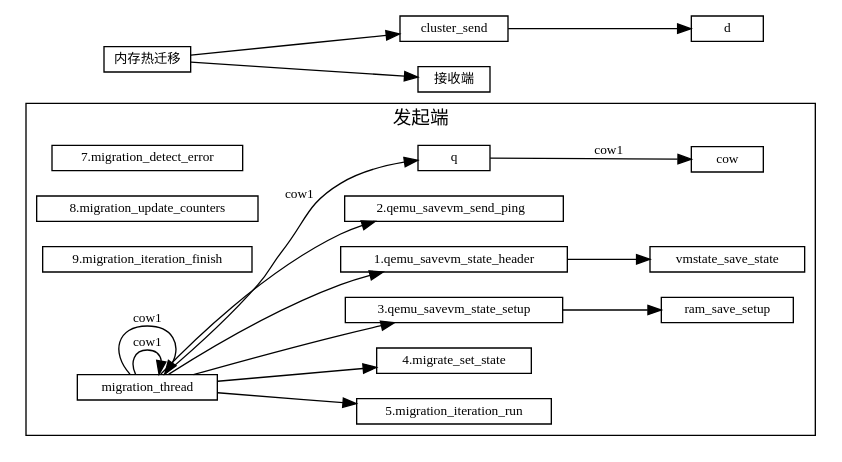
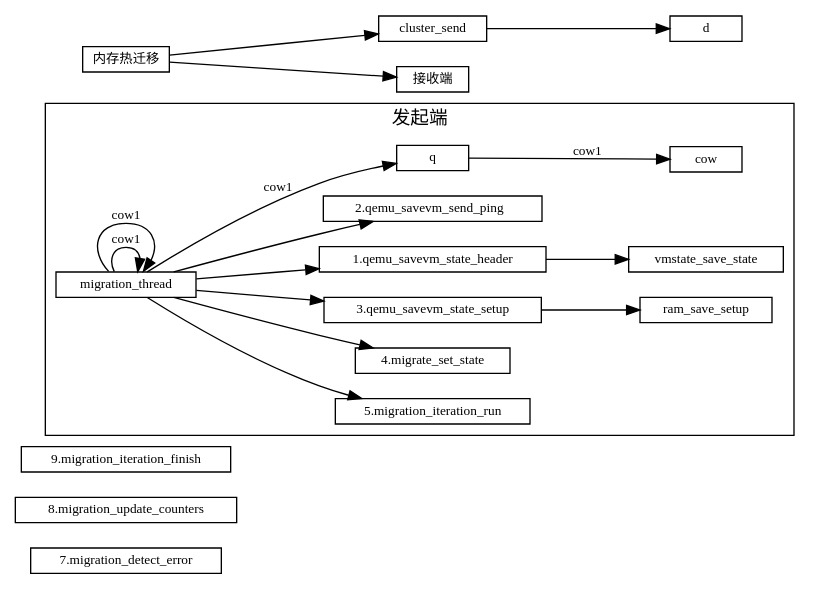
One commit to sisyphus1212/note changed the diagram in 虚拟化/热迁移/1-内存热迁移.md. Above: the diagram before and after it, drawn with Graphviz. The commit also changed other lines of this file, not shown here.

````diff
--- a/虚拟化/热迁移/1-内存热迁移.md
+++ b/虚拟化/热迁移/1-内存热迁移.md
@@ -11,42 +11,42 @@
 ```graphviz
 digraph {
 fontname="Helvetica,Arial,sans-serif"
 //node [fontname="Helvetica,Arial,sans-serif"]
 //edge [fontname="Helvetica,Arial,sans-serif"]
 rankdir="LR"
 node [fontsize=10, shape=record, height=0.25]
 edge [fontsize=10]
-
+    migration_detect_error[label="7.migration_detect_error"]
+    migration_update_counters[label="8.migration_update_counters"]
+    migration_iteration_finish[label="9.migration_iteration_finish"]
   subgraph send {
     cluster=true;
     label="发起端";
     migration_iteration_run[label="5.migration_iteration_run"];
     migrate_set_state[label="4.migrate_set_state"];
     qemu_savevm_state_setup[label="3.qemu_savevm_state_setup"]
 
-    migration_detect_error[label="7.migration_detect_error"]
-    migration_update_counters[label="8.migration_update_counters"]
-    migration_iteration_finish[label="9.migration_iteration_finish"]
+
 
     migration_thread -> "1.qemu_savevm_state_header"
                      -> vmstate_save_state;
     migration_thread -> "2.qemu_savevm_send_ping  ";
     migration_thread -> qemu_savevm_state_setup
                      -> ram_save_setup;
     migration_thread -> migrate_set_state;
     migration_thread -> migration_iteration_run;
 
     migration_thread ->
     migration_thread ->
     migration_thread ->
 
     q -> cow[label="cow1"];
   }
 
 内存热迁移 [label="内存热迁移"]
 内存热迁移 -> cluster_send
            -> d
 
 内存热迁移 -> 接收端
 }
 ```
````
